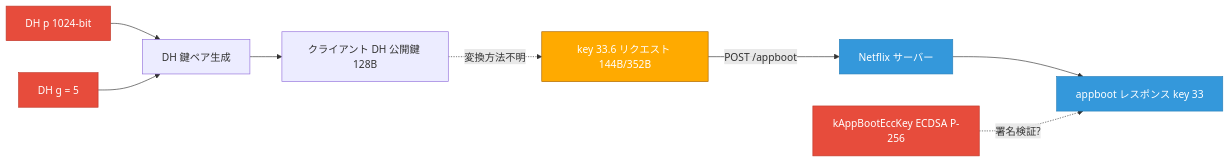
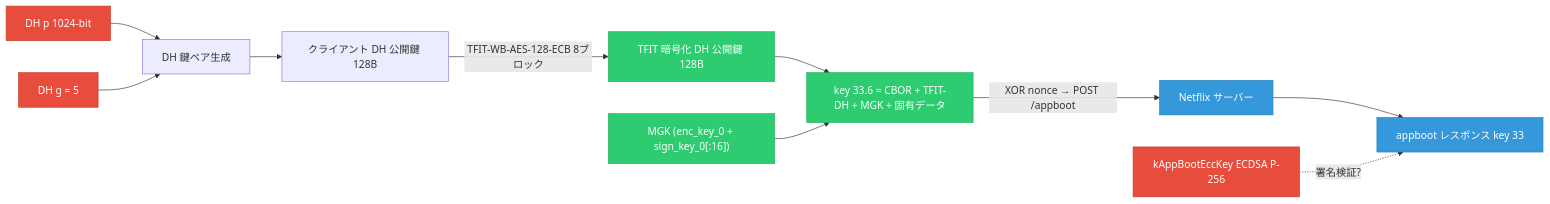
Before and after one commit to qtmleap/revkit: the second of 9 diagrams in docs/spec/msl_key_relationship.md, drawn with Mermaid. The commit also changed other lines of this file, not shown here.

First line of the commit message:
docs(spec): 鍵関係図を全面更新 — key 33.6 構造図追加、全ノード解明済み

````diff
--- a/docs/spec/msl_key_relationship.md
+++ b/docs/spec/msl_key_relationship.md
@@ -29,17 +29,21 @@
 ```mermaid
 graph LR
     DH_P["DH p 1024-bit"] --> DH_GEN["DH 鍵ペア生成"]
     DH_G["DH g = 5"] --> DH_GEN
     DH_GEN --> DH_PUB["クライアント DH 公開鍵 128B"]
-    DH_PUB -.->|変換方法不明| KEY336_REQ["key 33.6 リクエスト 144B/352B"]
-    KEY336_REQ -->|POST /appboot| SERVER["Netflix サーバー"]
+    DH_PUB -->|TFIT-WB-AES-128-ECB 8ブロック| TFIT_DH["TFIT 暗号化 DH 公開鍵 128B"]
+    TFIT_DH --> KEY336_REQ["key 33.6 = CBOR + TFIT-DH + MGK + 固有データ"]
+    MGK["MGK (enc_key_0 + sign_key_0[:16])"] --> KEY336_REQ
+    KEY336_REQ -->|XOR nonce → POST /appboot| SERVER["Netflix サーバー"]
     SERVER --> DH_RESP["appboot レスポンス key 33"]
     ECC_BOOT["kAppBootEccKey ECDSA P-256"] -.->|署名検証?| DH_RESP
 
     style DH_P fill:#e74c3c,stroke:#c0392b,color:#fff
     style DH_G fill:#e74c3c,stroke:#c0392b,color:#fff
     style ECC_BOOT fill:#e74c3c,stroke:#c0392b,color:#fff
     style SERVER fill:#3498db,stroke:#2980b9,color:#fff
     style DH_RESP fill:#3498db,stroke:#2980b9,color:#fff
-    style KEY336_REQ fill:#fa0,stroke:#a60,color:#fff
+    style TFIT_DH fill:#2ecc71,stroke:#27ae60,color:#fff
+    style KEY336_REQ fill:#2ecc71,stroke:#27ae60,color:#fff
+    style MGK fill:#2ecc71,stroke:#27ae60,color:#fff
 ```
````
